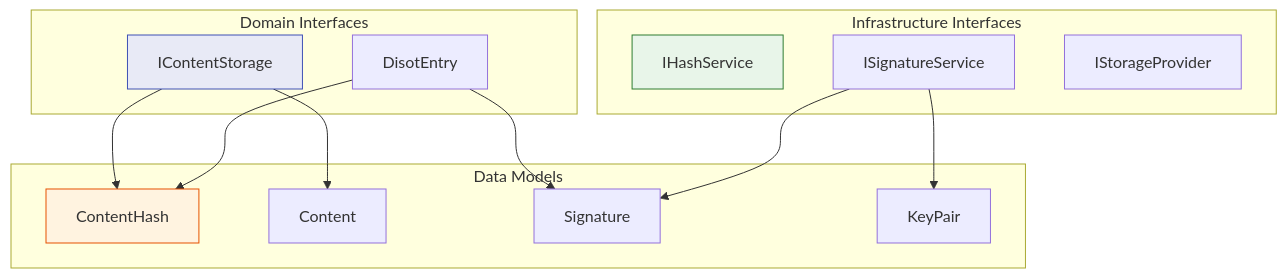
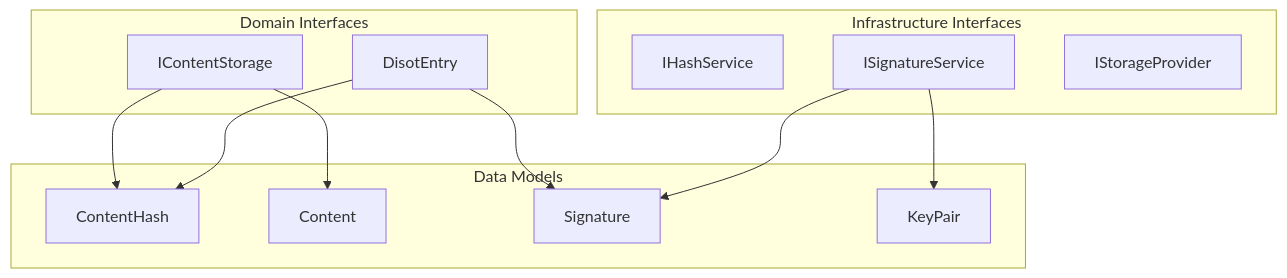
The sixth of 6 diagrams in docs/api/interfaces.md (o2alexanderfedin/angular-cas-disot), drawn with Mermaid before and after one commit. The commit also changed 18 other files, not shown here.

````diff
--- a/docs/api/interfaces.md
+++ b/docs/api/interfaces.md
@@ -297,31 +297,31 @@
 ```mermaid
 graph TD
     subgraph "Domain Interfaces"
         CONTENT[IContentStorage]
         DISOT[DisotEntry]
     end
     
     subgraph "Infrastructure Interfaces"
         HASH[IHashService]
         SIG[ISignatureService]
         STORE[IStorageProvider]
     end
     
     subgraph "Data Models"
         C_HASH[ContentHash]
         C_DATA[Content]
         D_SIG[Signature]
         D_KEY[KeyPair]
     end
     
     CONTENT --> C_HASH
     CONTENT --> C_DATA
     DISOT --> C_HASH
     DISOT --> D_SIG
     SIG --> D_SIG
     SIG --> D_KEY
     
-    style CONTENT fill:#e8eaf6,stroke:#3f51b5
-    style HASH fill:#e8f5e9,stroke:#2e7d32
-    style C_HASH fill:#fff3e0,stroke:#e65100
+    
+    
+    
 ```
````
